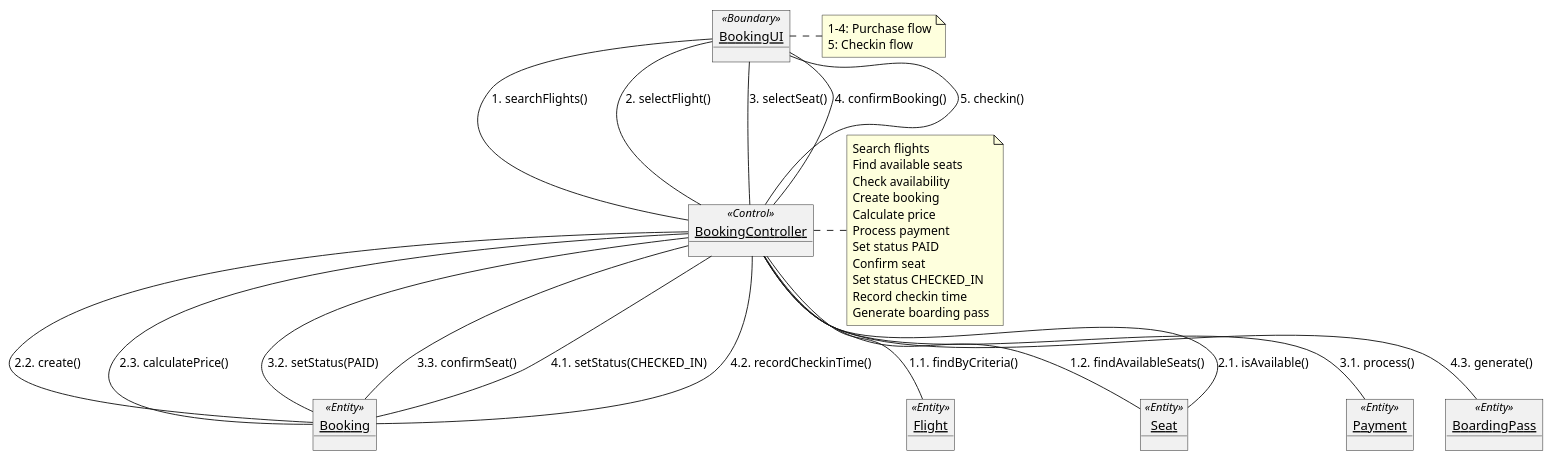
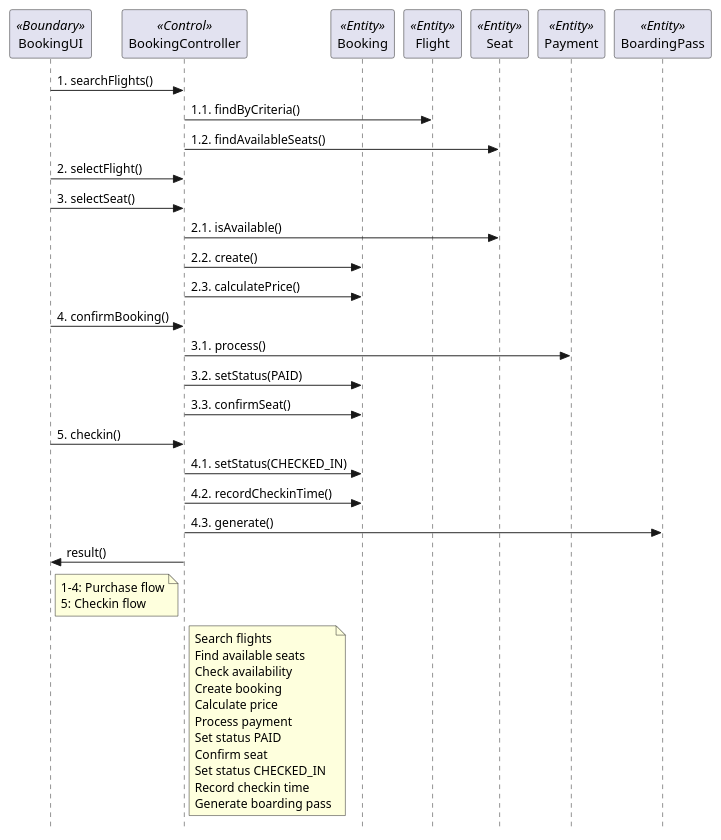
Before and after one commit to mm-shkurin/studies_2026: the diagram in SE/solution/lab_05/lab2/diagrams/08_collaboration_diagram.puml, drawn with PlantUML. The commit also changed 6 other files, not shown here.

```diff
--- a/SE/solution/lab_05/lab2/diagrams/08_collaboration_diagram.puml
+++ b/SE/solution/lab_05/lab2/diagrams/08_collaboration_diagram.puml
@@ -1,48 +1,48 @@
 @startuml CollaborationDiagram
 skinparam style strictuml
 
-object "BookingUI" as ui <<Boundary>>
-object "BookingController" as controller <<Control>>
-object "Booking" as booking <<Entity>>
-object "Flight" as flight <<Entity>>
-object "Seat" as seat <<Entity>>
-object "Payment" as payment <<Entity>>
-object "BoardingPass" as boarding_pass <<Entity>>
+participant "BookingUI" as ui <<Boundary>>
+participant "BookingController" as controller <<Control>>
+participant "Booking" as booking <<Entity>>
+participant "Flight" as flight <<Entity>>
+participant "Seat" as seat <<Entity>>
+participant "Payment" as payment <<Entity>>
+participant "BoardingPass" as boarding_pass <<Entity>>
 
-ui -- controller : 1. searchFlights()
-ui -- controller : 2. selectFlight()
-ui -- controller : 3. selectSeat()
-ui -- controller : 4. confirmBooking()
-ui -- controller : 5. checkin()
-
-controller -- flight : 1.1. findByCriteria()
-controller -- seat : 1.2. findAvailableSeats()
-controller -- seat : 2.1. isAvailable()
-controller -- booking : 2.2. create()
-controller -- booking : 2.3. calculatePrice()
-controller -- payment : 3.1. process()
-controller -- booking : 3.2. setStatus(PAID)
-controller -- booking : 3.3. confirmSeat()
-controller -- booking : 4.1. setStatus(CHECKED_IN)
-controller -- booking : 4.2. recordCheckinTime()
-controller -- boarding_pass : 4.3. generate()
+ui -> controller : 1. searchFlights()
+controller -> flight : 1.1. findByCriteria()
+controller -> seat : 1.2. findAvailableSeats()
+ui -> controller : 2. selectFlight()
+ui -> controller : 3. selectSeat()
+controller -> seat : 2.1. isAvailable()
+controller -> booking : 2.2. create()
+controller -> booking : 2.3. calculatePrice()
+ui -> controller : 4. confirmBooking()
+controller -> payment : 3.1. process()
+controller -> booking : 3.2. setStatus(PAID)
+controller -> booking : 3.3. confirmSeat()
+ui -> controller : 5. checkin()
+controller -> booking : 4.1. setStatus(CHECKED_IN)
+controller -> booking : 4.2. recordCheckinTime()
+controller -> boarding_pass : 4.3. generate()
+controller -> ui : result()
 
 note right of ui
   1-4: Purchase flow
   5: Checkin flow
 end note
 
 note right of controller
   Search flights
   Find available seats
   Check availability
   Create booking
   Calculate price
   Process payment
   Set status PAID
   Confirm seat
   Set status CHECKED_IN
   Record checkin time
   Generate boarding pass
 end note
 @enduml
```
